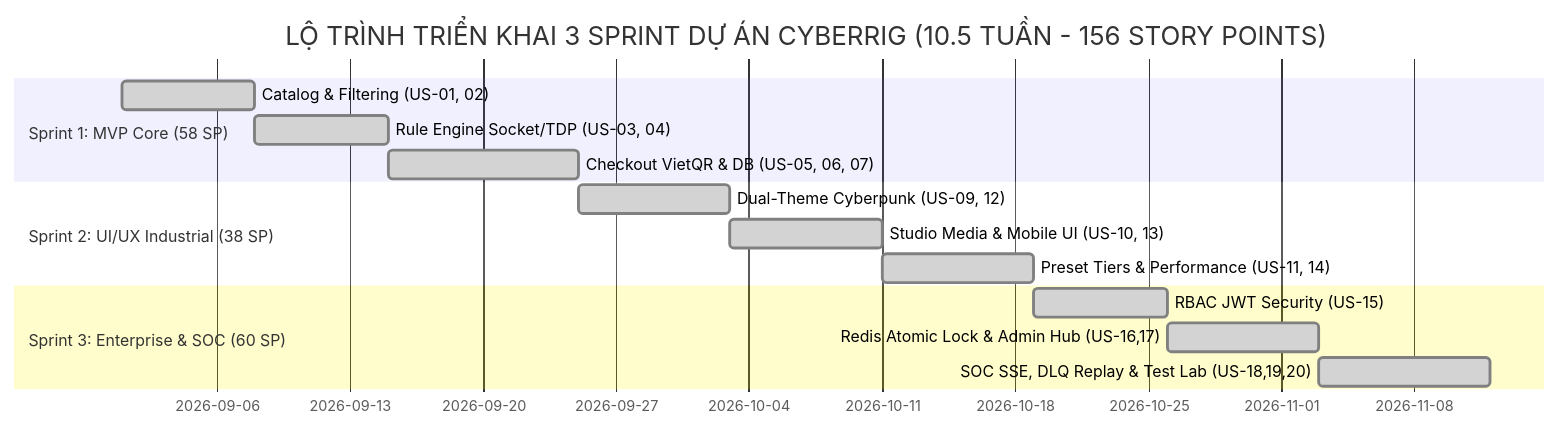
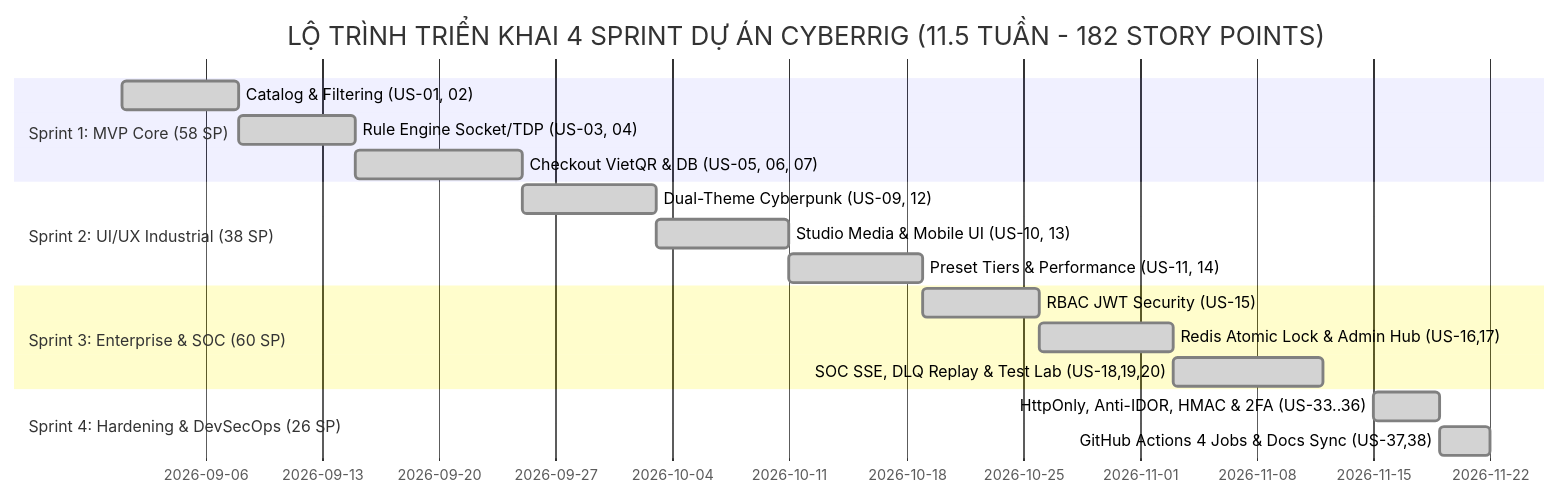
Before and after one commit to itsminloc/Cyberig: the fifth of 7 diagrams in docs/CYBERRIG-SYSTEM-SPEC-V2.4.md, drawn with Mermaid. The commit also changed other lines of this file and 10 other files, not shown here.

````diff
--- a/docs/CYBERRIG-SYSTEM-SPEC-V2.4.md
+++ b/docs/CYBERRIG-SYSTEM-SPEC-V2.4.md
@@ -244,17 +244,20 @@
 ```mermaid
 gantt
-    title LỘ TRÌNH TRIỂN KHAI 3 SPRINT DỰ ÁN CYBERRIG (10.5 TUẦN - 156 STORY POINTS)
+    title LỘ TRÌNH TRIỂN KHAI 4 SPRINT DỰ ÁN CYBERRIG (11.5 TUẦN - 182 STORY POINTS)
     dateFormat  YYYY-MM-DD
     section Sprint 1: MVP Core (58 SP)
     Catalog & Filtering (US-01, 02)       :done, s1_1, 2026-09-01, 7d
     Rule Engine Socket/TDP (US-03, 04)    :done, s1_2, after s1_1, 7d
     Checkout VietQR & DB (US-05, 06, 07)  :done, s1_3, after s1_2, 10d
     section Sprint 2: UI/UX Industrial (38 SP)
     Dual-Theme Cyberpunk (US-09, 12)      :done, s2_1, 2026-09-25, 8d
     Studio Media & Mobile UI (US-10, 13)  :done, s2_2, after s2_1, 8d
     Preset Tiers & Performance (US-11, 14):done, s2_3, after s2_2, 8d
     section Sprint 3: Enterprise & SOC (60 SP)
     RBAC JWT Security (US-15)             :done, s3_1, 2026-10-19, 7d
     Redis Atomic Lock & Admin Hub (US-16,17):done, s3_2, after s3_1, 8d
     SOC SSE, DLQ Replay & Test Lab (US-18,19,20):done, s3_3, after s3_2, 9d
+    section Sprint 4: Hardening & DevSecOps (26 SP)
+    HttpOnly, Anti-IDOR, HMAC & 2FA (US-33..36):done, s4_1, 2026-11-15, 4d
+    GitHub Actions 4 Jobs & Docs Sync (US-37,38):done, s4_2, after s4_1, 3d
 ```
````
